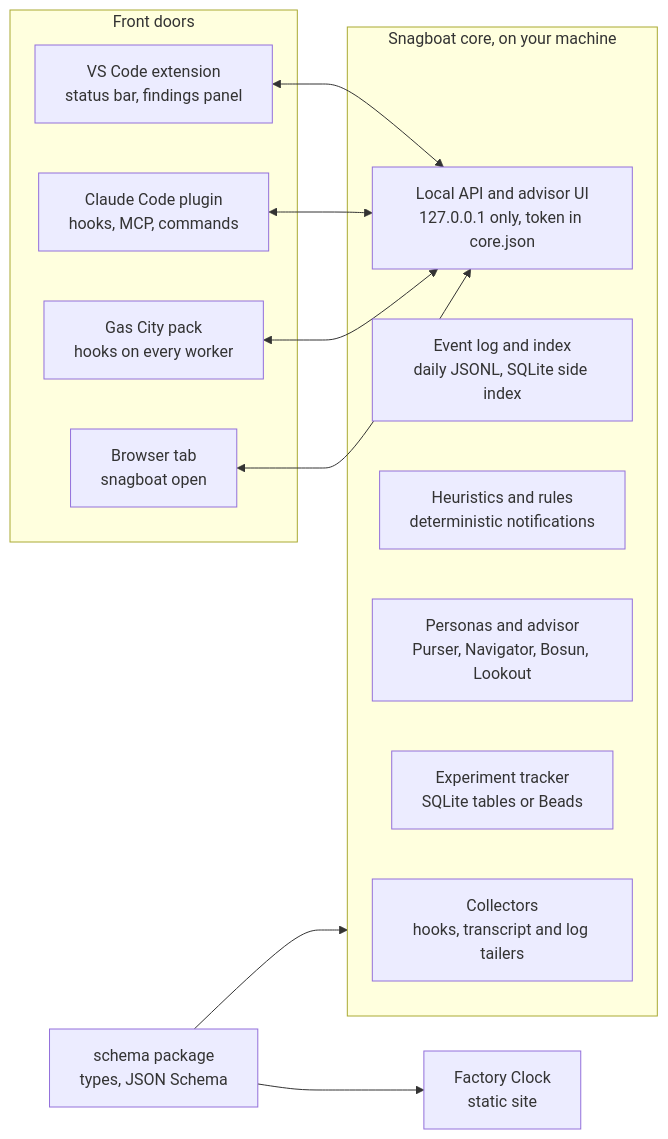
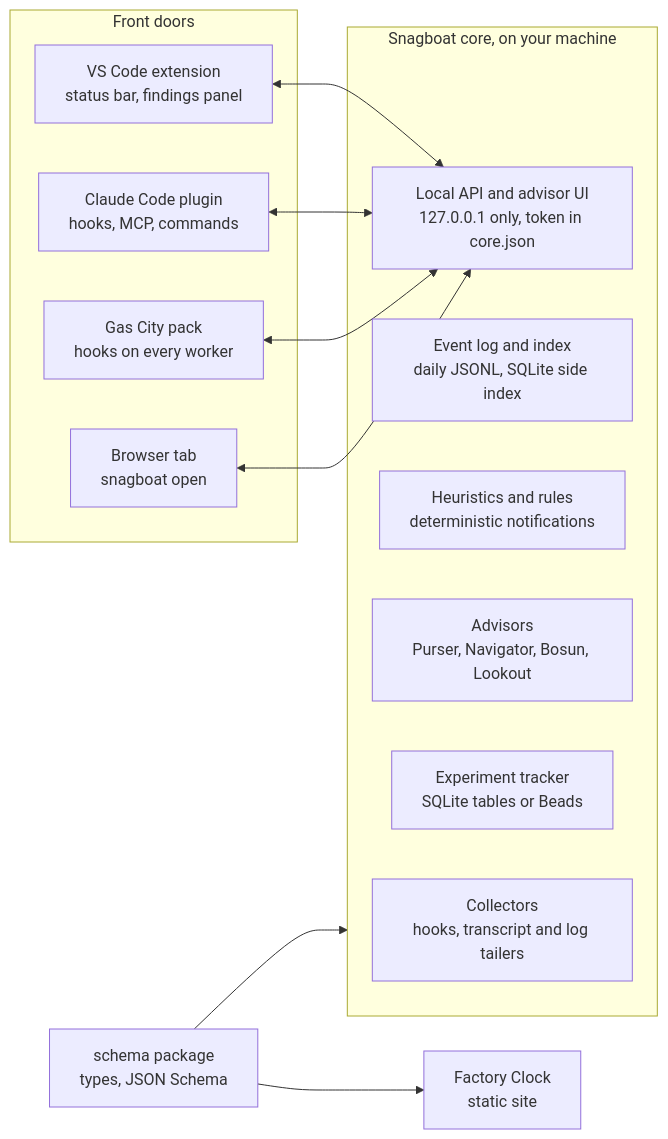
One commit to DChristianson/snagboat changed the diagram in docs/design/architecture-rfc.md. Above: the diagram before and after it, drawn with Mermaid. The commit also changed other lines of this file and 8 other files, not shown here.

````diff
--- a/docs/design/architecture-rfc.md
+++ b/docs/design/architecture-rfc.md
@@ -64,22 +64,22 @@
 ```mermaid
 flowchart LR
   subgraph Doors["Front doors"]
     VS["VS Code extension<br>status bar, findings panel"]
     CC["Claude Code plugin<br>hooks, MCP, commands"]
     GC["Gas City pack<br>hooks on every worker"]
     BR["Browser tab<br>snagboat open"]
   end
   subgraph Core["Snagboat core, on your machine"]
     COL["Collectors<br>hooks, transcript and log tailers"]
     LOG["Event log and index<br>daily JSONL, SQLite side index"]
     HEU["Heuristics and rules<br>deterministic notifications"]
-    PER["Personas and advisor<br>Purser, Navigator, Bosun, Lookout"]
+    PER["Advisors<br>Purser, Navigator, Bosun, Lookout"]
     EXP["Experiment tracker<br>SQLite tables or Beads"]
     API["Local API and advisor UI<br>127.0.0.1 only, token in core.json"]
   end
   SCH["schema package<br>types, JSON Schema"]
   VIZ["Factory Clock<br>static site"]
   VS & CC & GC & BR <--> API
   SCH --> Core
   SCH --> VIZ
 ```
````
